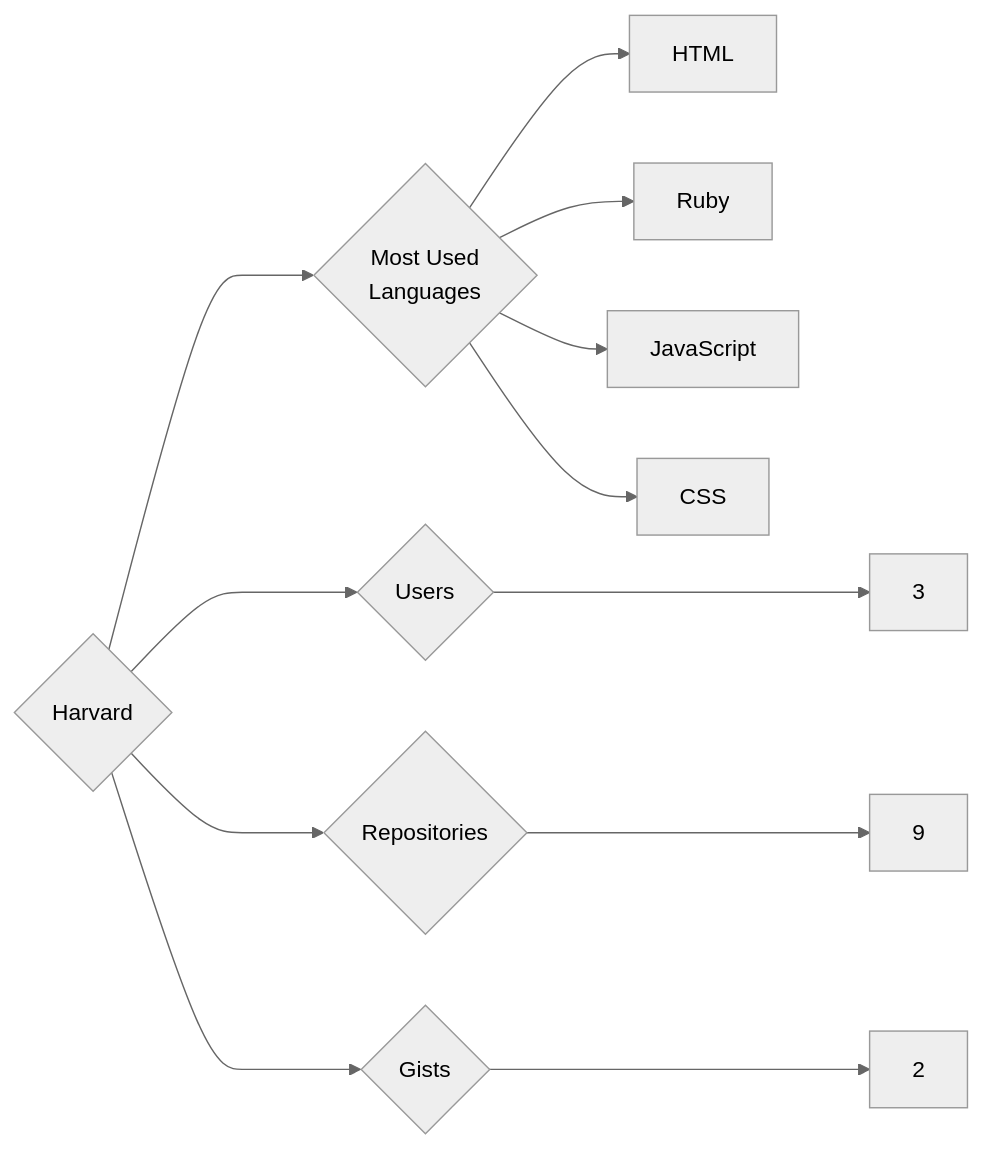
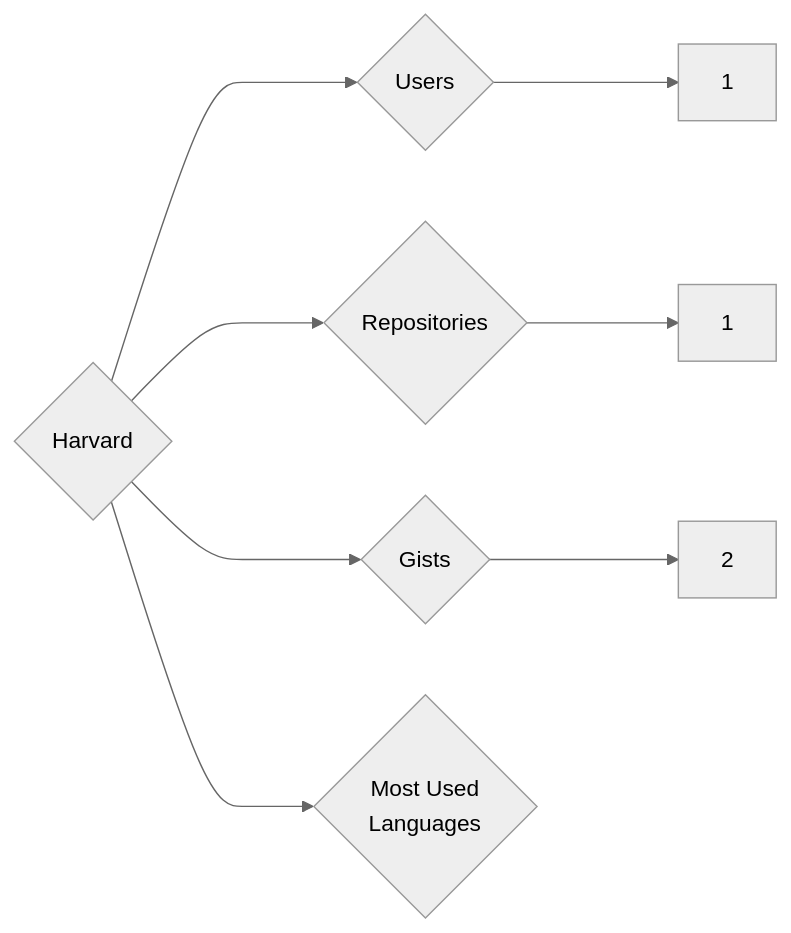
Before and after one commit to trickest/insiders: the diagram in targets/Harvard/README.md, drawn with Mermaid (neutral theme). The commit also changed 1084 other files, not shown here.

````diff
--- a/targets/Harvard/README.md
+++ b/targets/Harvard/README.md
@@ -3,12 +3,8 @@
 ```mermaid
 graph LR
 COMPANY_NAME{Harvard}
-COMPANY_NAME ---> U{Users} ---> UN[3]
-COMPANY_NAME ---> R{Repositories} ---> RN[9]
+COMPANY_NAME ---> U{Users} ---> UN[1]
+COMPANY_NAME ---> R{Repositories} ---> RN[1]
 COMPANY_NAME ---> G{Gists} ---> GN[2]
 COMPANY_NAME ---> ML{Most Used<br>Languages}
-ML --> HTML[HTML]
-ML --> Ruby[Ruby]
-ML --> JavaScript[JavaScript]
-ML --> CSS[CSS]
 ```
````
